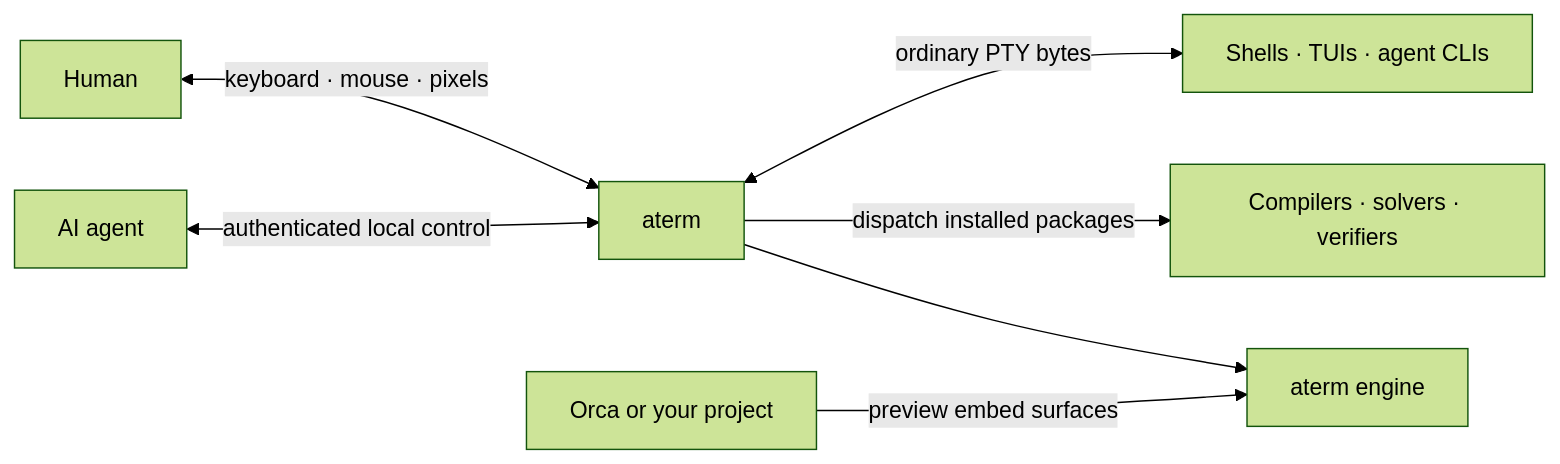
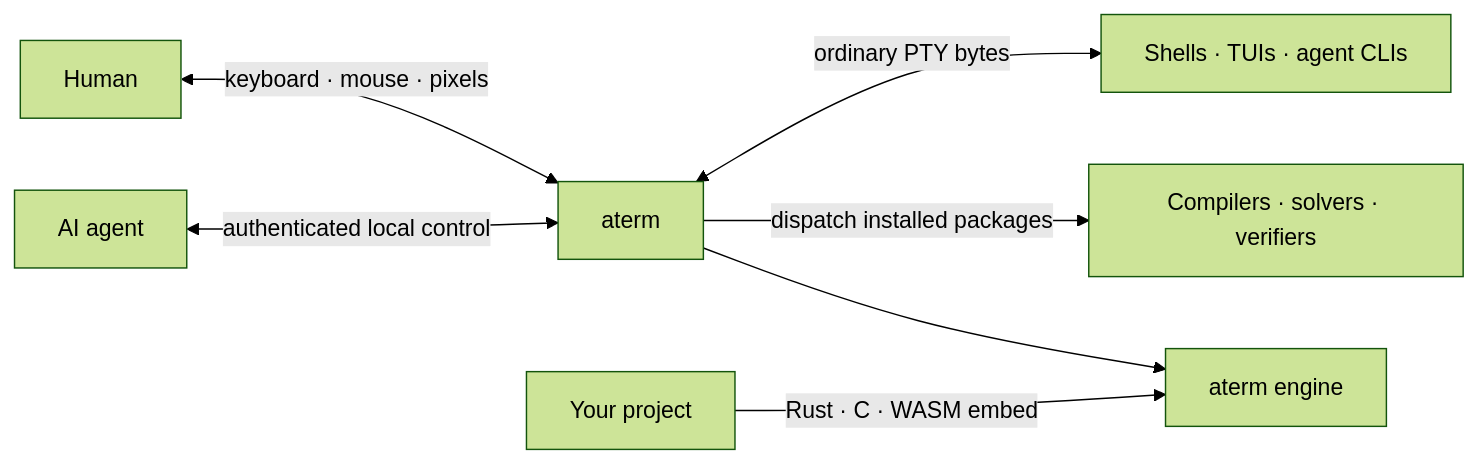
Before and after one commit to alabsystems/aterm: the diagram in README.md, drawn with Mermaid (forest theme). The commit also changed other lines of this file and 17 other files, not shown here.

````diff
--- a/README.md
+++ b/README.md
@@ -118,9 +100,9 @@
 ```mermaid
 flowchart LR
     H[Human] <-->|keyboard · mouse · pixels| A[aterm]
     G[AI agent] <-->|authenticated local control| A
     A <-->|ordinary PTY bytes| P[Shells · TUIs · agent CLIs]
     A -->|dispatch installed packages| T[Compilers · solvers · verifiers]
     A --> E[aterm engine]
-    O[Orca or your project] -->|preview embed surfaces| E
+    O[Your project] -->|Rust · C · WASM embed| E
 ```
````
